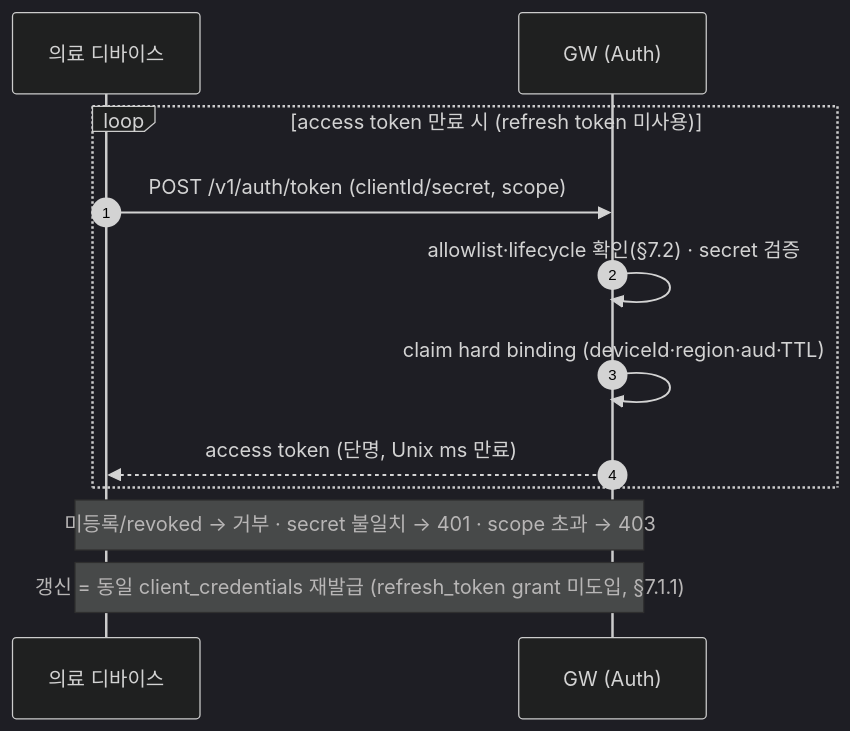
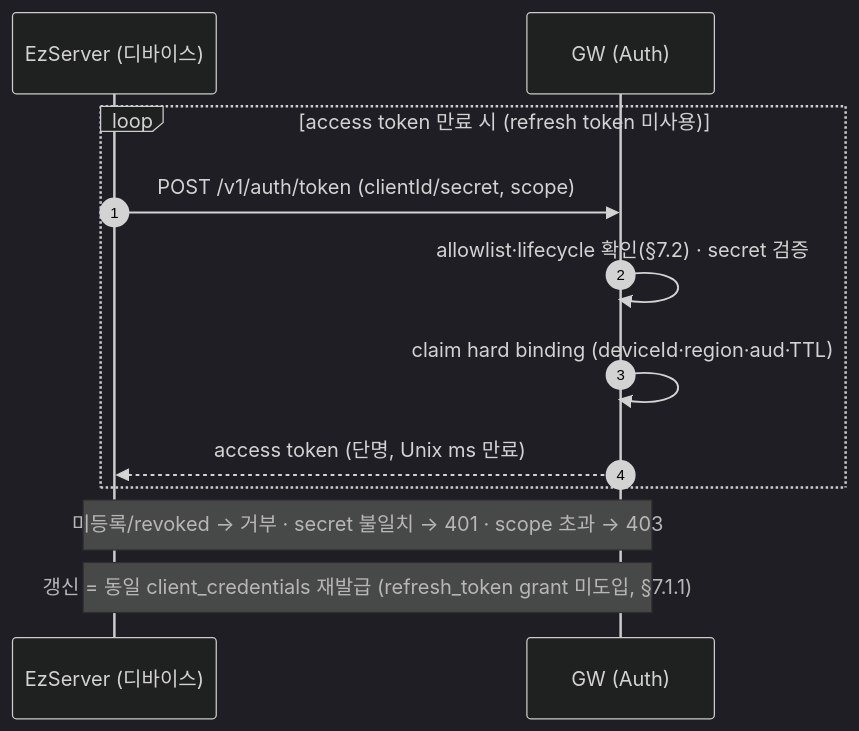
Before and after one commit to gracegyu/scp-architecture: the sixth of 11 diagrams in docs/VT_API_Gateway/08.VT_API_Gateway/specs/03-srs-gateway/SRS.md, drawn with Mermaid (dark theme). The commit also changed other lines of this file and 5 other files, not shown here.

````diff
--- a/docs/VT_API_Gateway/08.VT_API_Gateway/specs/03-srs-gateway/SRS.md
+++ b/docs/VT_API_Gateway/08.VT_API_Gateway/specs/03-srs-gateway/SRS.md
@@ -464,14 +418,14 @@
 ```mermaid
 sequenceDiagram
     autonumber
-    participant D as 의료 디바이스
+    participant D as EzServer (디바이스)
     participant GW as GW (Auth)
     loop access token 만료 시 (refresh token 미사용)
         D->>GW: POST /v1/auth/token (clientId/secret, scope)
         GW->>GW: allowlist·lifecycle 확인(§7.2) · secret 검증
         GW->>GW: claim hard binding (deviceId·region·aud·TTL)
         GW-->>D: access token (단명, Unix ms 만료)
     end
     Note over D,GW: 미등록/revoked → 거부 · secret 불일치 → 401 · scope 초과 → 403
     Note over D,GW: 갱신 = 동일 client_credentials 재발급 (refresh_token grant 미도입, §7.1.1)
 ```
````
